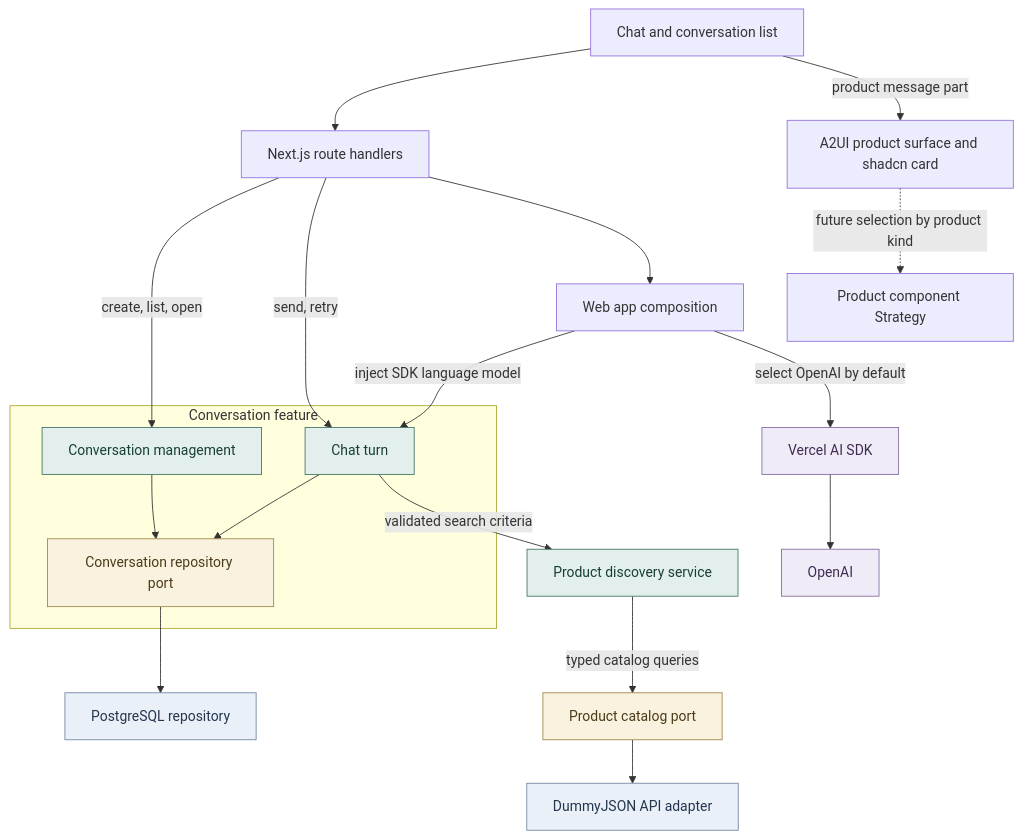
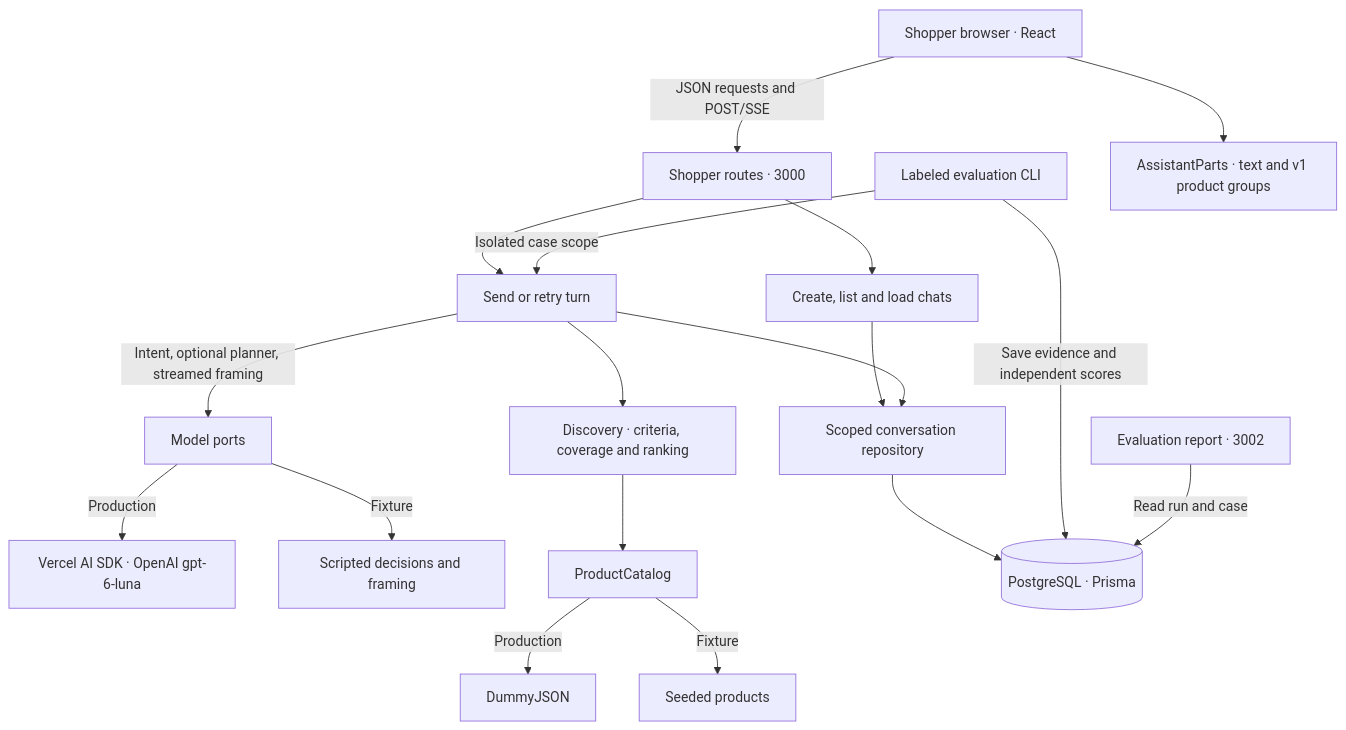
The first of 10 diagrams in docs/architecture.md (rosneri/bazak), drawn with Mermaid before and after one commit. The commit also changed other lines of this file and 7 other files, not shown here.

````diff
--- a/docs/architecture.md
+++ b/docs/architecture.md
@@ -11,31 +7,20 @@
 ```mermaid
 flowchart TB
-  ui["Chat and conversation list"] --> api["Next.js route handlers"]
-  subgraph conversation["Conversation feature"]
-    management["Conversation management"]
-    turns["Chat turn"]
-    repo["Conversation repository port"]
-    management --> repo
-    turns --> repo
-  end
-  api -->|create, list, open| management
-  api -->|send, retry| turns
-  api --> composition["Web app composition"]
-  composition -->|inject SDK language model| turns
-  composition -->|select OpenAI by default| sdk["Vercel AI SDK"]
-  sdk --> ai["OpenAI"]
-  turns -->|validated search criteria| discovery["Product discovery service"]
-  discovery -->|typed catalog queries| catalog["Product catalog port"]
-  repo --> db["PostgreSQL repository"]
-  catalog --> dummy["DummyJSON API adapter"]
-  ui -->|product message part| cards["A2UI product surface and shadcn card"]
-  cards -.->|future selection by product kind| strategy["Product component Strategy"]
-  classDef service fill:#e3efec,stroke:#427467,color:#173f37
-  classDef port fill:#f9f2df,stroke:#a0874c,color:#4c3b19
-  classDef adapter fill:#eaf0f8,stroke:#7288a3,color:#24354e
-  classDef external fill:#f0ecf7,stroke:#846c9e,color:#3e2c52
-  class management,turns,discovery service
-  class repo,catalog port
-  class db,dummy adapter
-  class sdk,ai external
+  ui["Shopper browser · React"] -->|"JSON requests and POST/SSE"| route["Shopper routes · 3000"]
+  route --> management["Create, list and load chats"]
+  route --> turns["Send or retry turn"]
+  turns -->|"Intent, optional planner, streamed framing"| model["Model ports"]
+  model -->|"Production"| sdk["Vercel AI SDK · OpenAI gpt-6-luna"]
+  model -->|"Fixture"| script["Scripted decisions and framing"]
+  turns --> discovery["Discovery · criteria, coverage and ranking"]
+  discovery --> catalog["ProductCatalog"]
+  catalog -->|"Production"| dummy["DummyJSON"]
+  catalog -->|"Fixture"| seed["Seeded products"]
+  management --> repo["Scoped conversation repository"]
+  turns --> repo
+  repo --> db[("PostgreSQL · Prisma")]
+  cli["Labeled evaluation CLI"] -->|"Isolated case scope"| turns
+  cli -->|"Save evidence and independent scores"| db
+  dashboard["Evaluation report · 3002"] -->|"Read run and case"| db
+  ui --> cards["AssistantParts · text and v1 product groups"]
 ```
````
